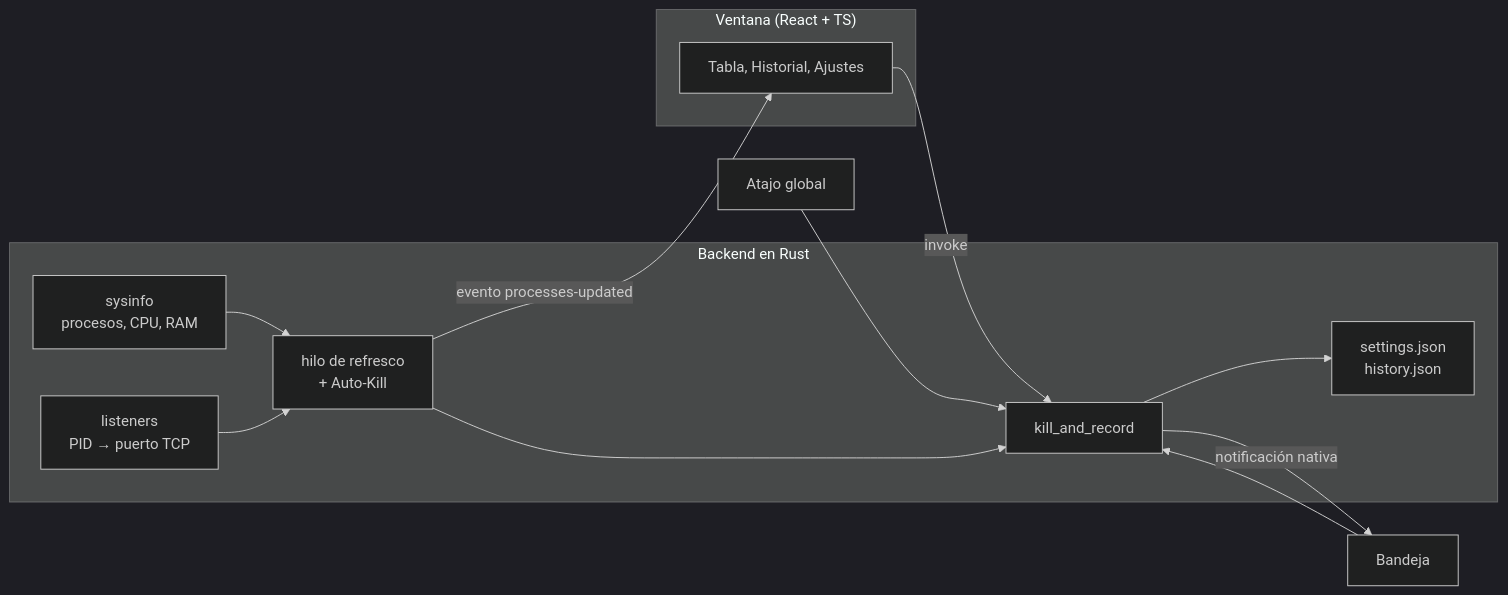
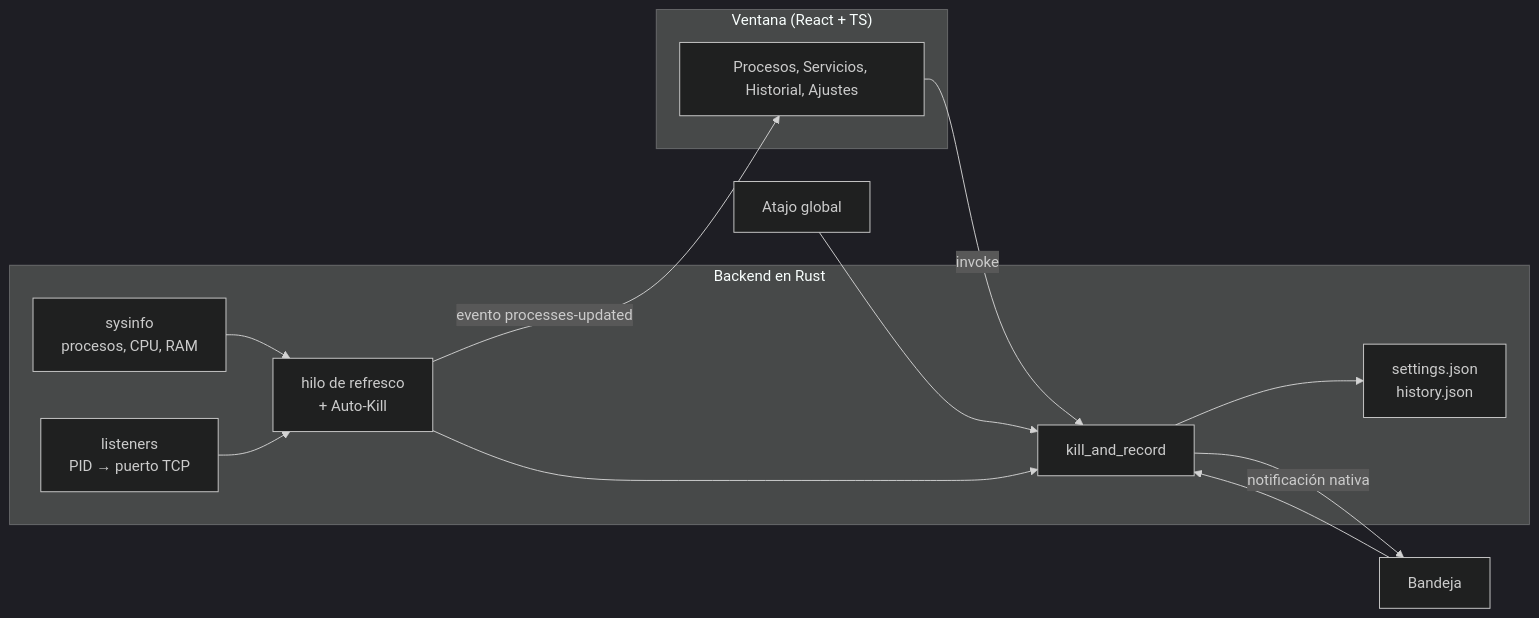
The diagram in README.md (xfiberex/ProcessDevKill), drawn with Mermaid (dark theme) before and after one commit. The commit also changed other lines of this file and 8 other files, not shown here.

````diff
--- a/README.md
+++ b/README.md
@@ -228,25 +212,25 @@
 ```mermaid
 flowchart LR
     subgraph Rust["Backend en Rust"]
         S["sysinfo<br/>procesos, CPU, RAM"]
         L["listeners<br/>PID → puerto TCP"]
         H["hilo de refresco<br/>+ Auto-Kill"]
         K["kill_and_record"]
         J["settings.json<br/>history.json"]
     end
     subgraph Web["Ventana (React + TS)"]
-        U["Tabla, Historial, Ajustes"]
+        U["Procesos, Servicios, Historial, Ajustes"]
     end
     B["Bandeja"]
     A["Atajo global"]
 
     S --> H
     L --> H
     H -- "evento processes-updated" --> U
     U -- "invoke" --> K
     B --> K
     A --> K
     H --> K
     K --> J
     K -- "notificación nativa" --> B
 ```
````
